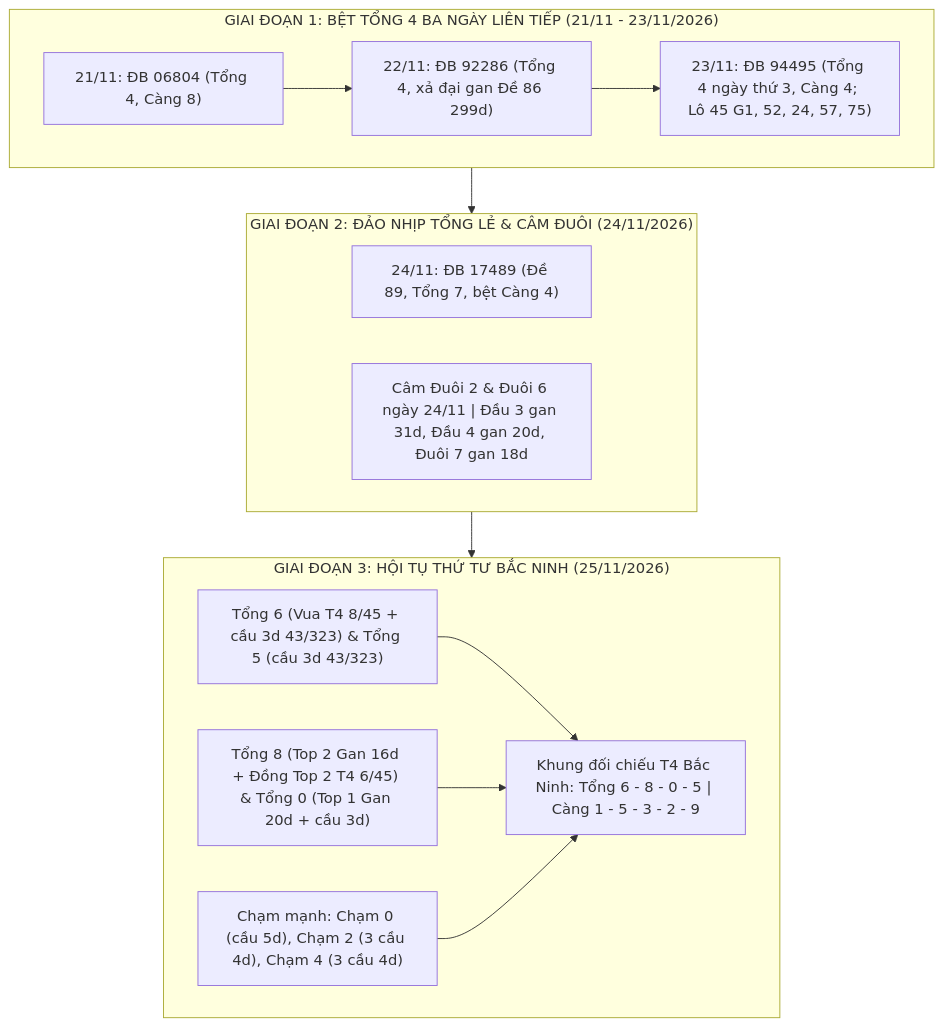
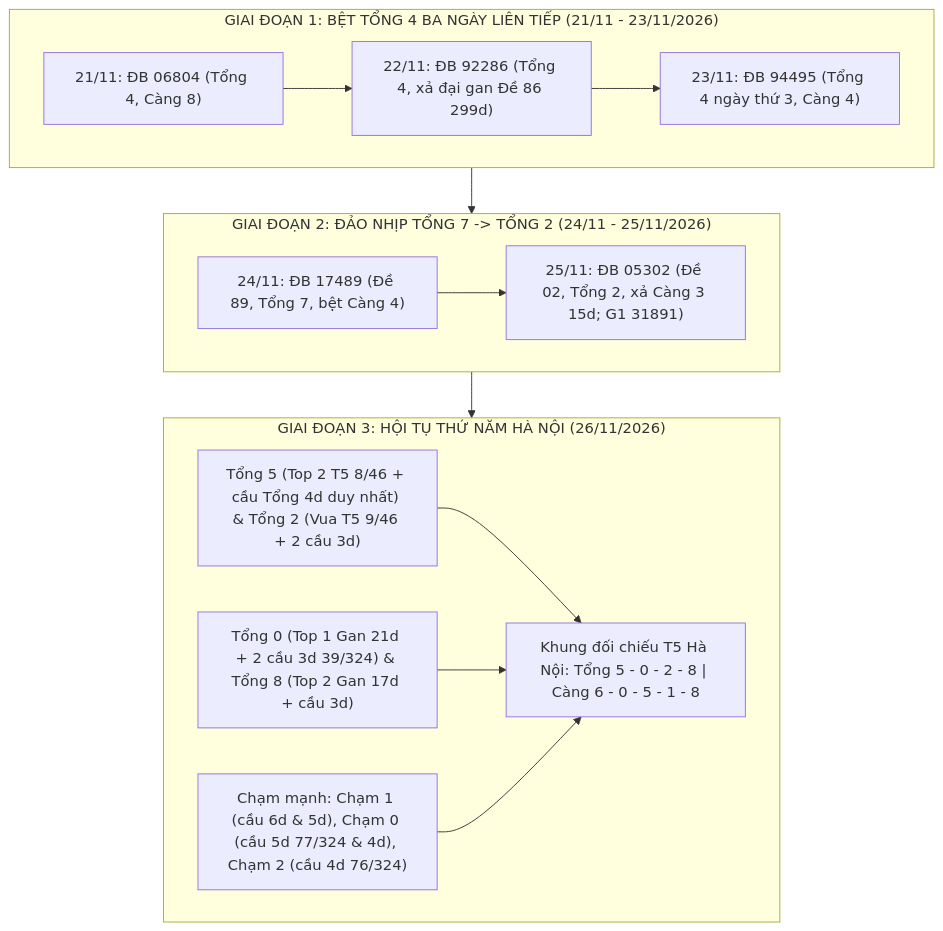
Before and after one commit to vietht18995/XSMB: the diagram in docs/so_do_tong_the_su_kien_trung_hop.md, drawn with Mermaid. The commit also changed other lines of this file and 3 other files, not shown here.

````diff
--- a/docs/so_do_tong_the_su_kien_trung_hop.md
+++ b/docs/so_do_tong_the_su_kien_trung_hop.md
@@ -53,24 +53,23 @@
 ```mermaid
 flowchart TD
     subgraph G1["GIAI ĐOẠN 1: BỆT TỔNG 4 BA NGÀY LIÊN TIẾP (21/11 - 23/11/2026)"]
         A["21/11: ĐB 06804 (Tổng 4, Càng 8)"] --> B["22/11: ĐB 92286 (Tổng 4, xả đại gan Đề 86 299d)"]
-        B --> C["23/11: ĐB 94495 (Tổng 4 ngày thứ 3, Càng 4; Lô 45 G1, 52, 24, 57, 75)"]
+        B --> C["23/11: ĐB 94495 (Tổng 4 ngày thứ 3, Càng 4)"]
     end
 
-    subgraph G2["GIAI ĐOẠN 2: ĐẢO NHỊP TỔNG LẺ & CÂM ĐUÔI (24/11/2026)"]
-        D["24/11: ĐB 17489 (Đề 89, Tổng 7, bệt Càng 4)"]
-        E["Câm Đuôi 2 & Đuôi 6 ngày 24/11 | Đầu 3 gan 31d, Đầu 4 gan 20d, Đuôi 7 gan 18d"]
+    subgraph G2["GIAI ĐOẠN 2: ĐẢO NHỊP TỔNG 7 -> TỔNG 2 (24/11 - 25/11/2026)"]
+        D["24/11: ĐB 17489 (Đề 89, Tổng 7, bệt Càng 4)"] --> E["25/11: ĐB 05302 (Đề 02, Tổng 2, xả Càng 3 15d; G1 31891)"]
     end
 
-    subgraph G3["GIAI ĐOẠN 3: HỘI TỤ THỨ TƯ BẮC NINH (25/11/2026)"]
-        F["Tổng 6 (Vua T4 8/45 + cầu 3d 43/323) & Tổng 5 (cầu 3d 43/323)"]
-        G["Tổng 8 (Top 2 Gan 16d + Đồng Top 2 T4 6/45) & Tổng 0 (Top 1 Gan 20d + cầu 3d)"]
-        H["Chạm mạnh: Chạm 0 (cầu 5d), Chạm 2 (3 cầu 4d), Chạm 4 (3 cầu 4d)"]
-        F --> I["Khung đối chiếu T4 Bắc Ninh: Tổng 6 - 8 - 0 - 5 | Càng 1 - 5 - 3 - 2 - 9"]
+    subgraph G3["GIAI ĐOẠN 3: HỘI TỤ THỨ NĂM HÀ NỘI (26/11/2026)"]
+        F["Tổng 5 (Top 2 T5 8/46 + cầu Tổng 4d duy nhất) & Tổng 2 (Vua T5 9/46 + 2 cầu 3d)"]
+        G["Tổng 0 (Top 1 Gan 21d + 2 cầu 3d 39/324) & Tổng 8 (Top 2 Gan 17d + cầu 3d)"]
+        H["Chạm mạnh: Chạm 1 (cầu 6d & 5d), Chạm 0 (cầu 5d 77/324 & 4d), Chạm 2 (cầu 4d 76/324)"]
+        F --> I["Khung đối chiếu T5 Hà Nội: Tổng 5 - 0 - 2 - 8 | Càng 6 - 0 - 5 - 1 - 8"]
         G --> I
         H --> I
     end
 
     G1 --> G2
     G2 --> G3
 ```
````
